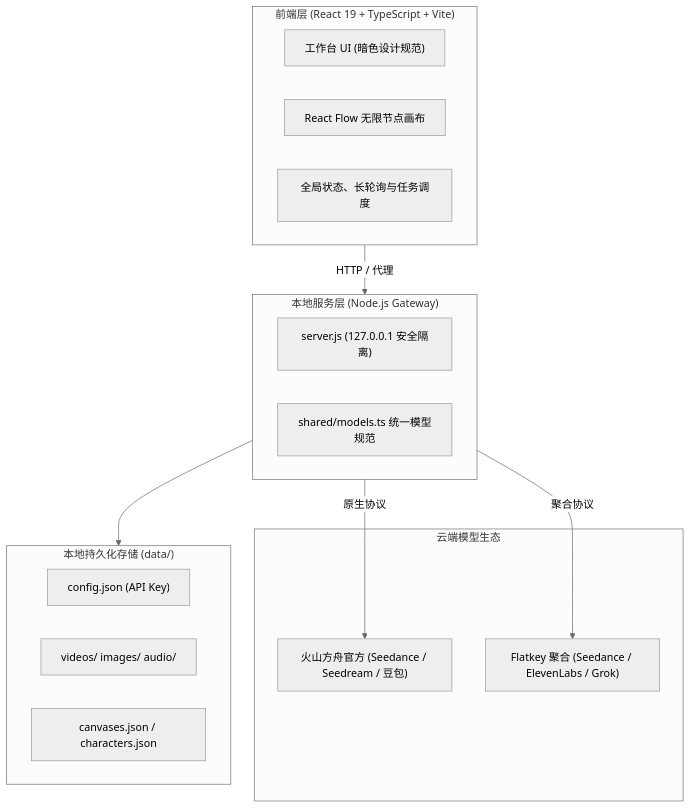
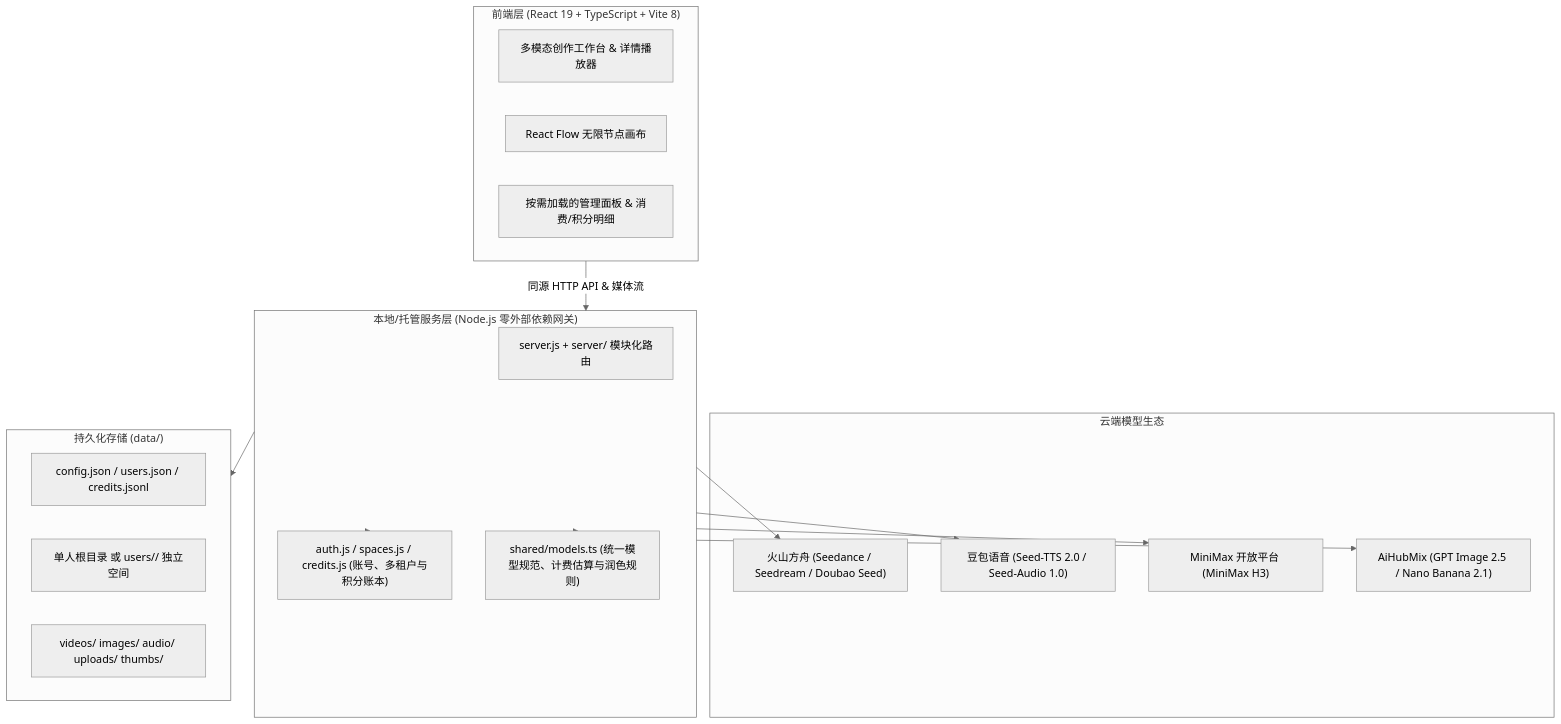
Before and after one commit to realruian/innate-studio: the diagram in README.md, drawn with Mermaid (neutral theme). The commit also changed other lines of this file, not shown here.

````diff
--- a/README.md
+++ b/README.md
@@ -139,29 +180,33 @@
 ```mermaid
 flowchart TD
-    subgraph Client["前端层 (React 19 + TypeScript + Vite)"]
-        UI["工作台 UI (暗色设计规范)"]
+    subgraph Client["前端层 (React 19 + TypeScript + Vite 8)"]
+        UI["多模态创作工作台 & 详情播放器"]
         Canvas["React Flow 无限节点画布"]
-        Store["全局状态、长轮询与任务调度"]
+        AdminUI["按需加载的管理面板 & 消费/积分明细"]
     end
 
-    subgraph Core["本地服务层 (Node.js Gateway)"]
-        Server["server.js (127.0.0.1 安全隔离)"]
-        Registry["shared/models.ts 统一模型规范"]
+    subgraph Core["本地/托管服务层 (Node.js 零外部依赖网关)"]
+        Server["server.js + server/ 模块化路由"]
+        Auth["auth.js / spaces.js / credits.js (账号、多租户与积分账本)"]
+        Registry["shared/models.ts (统一模型规范、计费估算与润色规则)"]
     end
 
     subgraph Cloud["云端模型生态"]
-        Ark["火山方舟官方 (Seedance / Seedream / 豆包)"]
-        FK["Flatkey 聚合 (Seedance / ElevenLabs / Grok)"]
+        Ark["火山方舟 (Seedance / Seedream / Doubao Seed)"]
+        Speech["豆包语音 (Seed-TTS 2.0 / Seed-Audio 1.0)"]
+        MM["MiniMax 开放平台 (MiniMax H3)"]
+        AHM["AiHubMix (GPT Image 2.5 / Nano Banana 2.1)"]
     end
 
-    subgraph Storage["本地持久化存储 (data/)"]
-        Config["config.json (API Key)"]
-        Media["videos/ images/ audio/"]
-        Projects["canvases.json / characters.json"]
+    subgraph Storage["持久化存储 (data/)"]
+        Global["config.json / users.json / credits.jsonl"]
+        Space["单人根目录 或 users/<id>/ 独立空间"]
+        Media["videos/ images/ audio/ uploads/ thumbs/"]
     end
 
-    Client -->|HTTP / 代理| Core
-    Core -->|原生协议| Ark
-    Core -->|聚合协议| FK
+    Client -->|同源 HTTP API & 媒体流| Core
+    Core --> Auth
+    Core --> Registry
+    Core --> Ark & Speech & MM & AHM
     Core --> Storage
 ```
````
